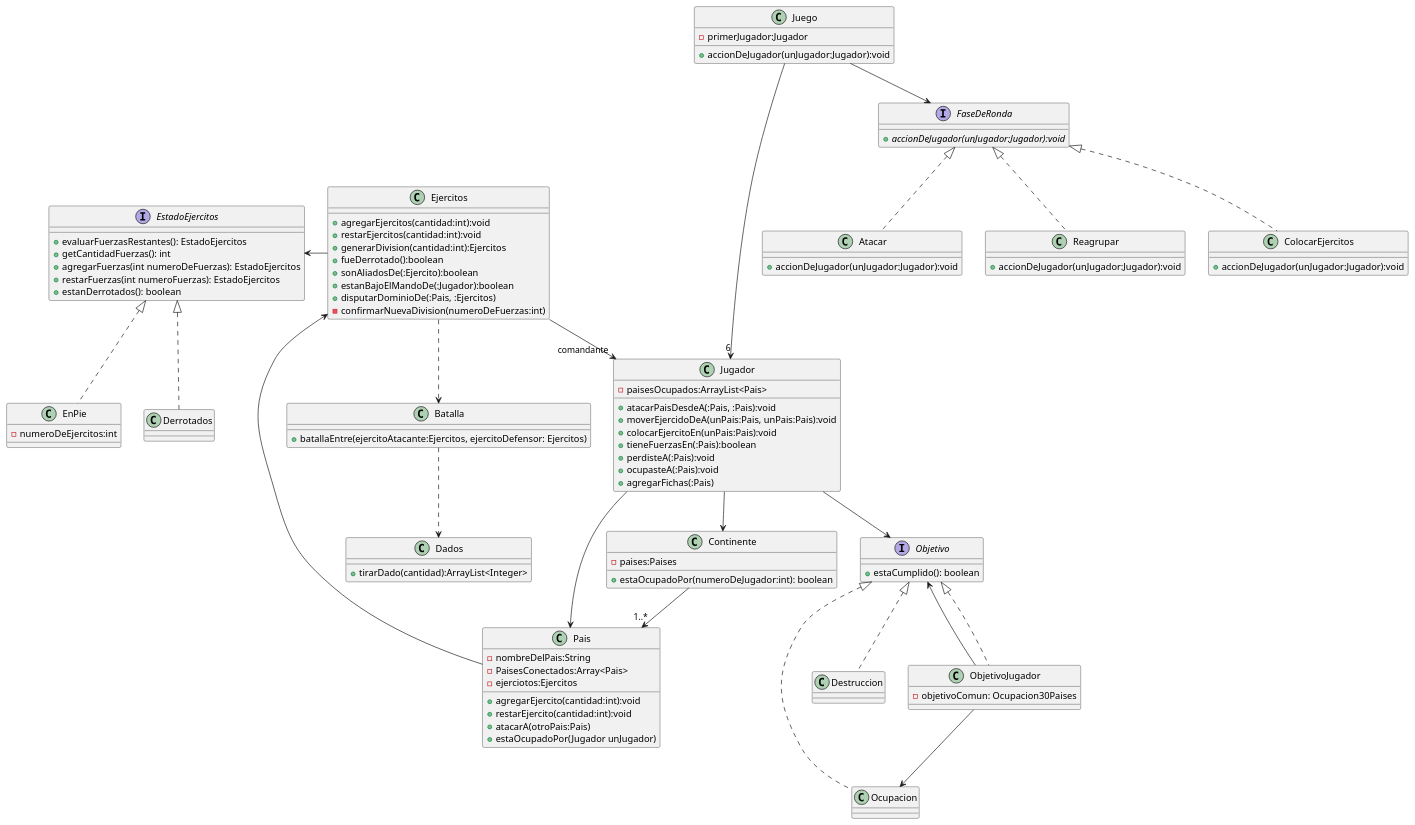
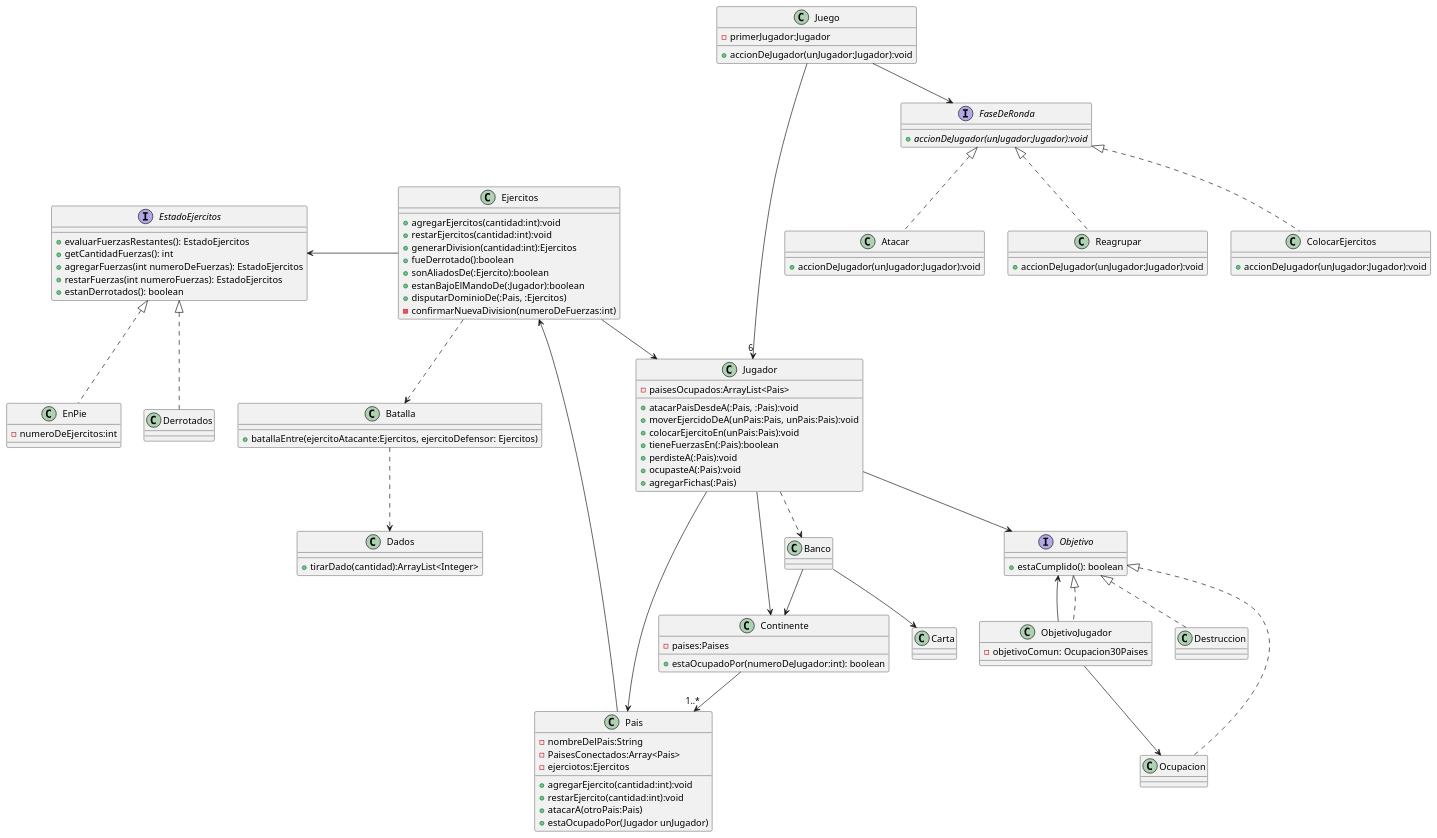
Before and after one commit to julia-valdo/Algoritmos-3.TP2: the diagram in Diagramas/Classes.puml, drawn with PlantUML. The commit also changed 10 other files, not shown here.

First line of the commit message:
Adjuntamos clases Carta, Banco, Juego y la interfaz fase de rondas

```diff
--- a/Diagramas/Classes.puml
+++ b/Diagramas/Classes.puml
@@ -1,125 +1,134 @@
 @startuml
 'https://plantuml.com/class-diagram
 
 class Juego{
 -primerJugador:Jugador
 +accionDeJugador(unJugador:Jugador):void
 }
 
 class Jugador{
 -paisesOcupados:ArrayList<Pais>
 +atacarPaisDesdeA(:Pais, :Pais):void
 +moverEjercidoDeA(unPais:Pais, unPais:Pais):void
 +colocarEjercitoEn(unPais:Pais):void
 +tieneFuerzasEn(:Pais):boolean
 +perdisteA(:Pais):void
 +ocupasteA(:Pais):void
 +agregarFichas(:Pais)
 }
 
 class Ejercitos{
 +agregarEjercitos(cantidad:int):void
 +restarEjercitos(cantidad:int):void
 +generarDivision(cantidad:int):Ejercitos
 +fueDerrotado():boolean
 +sonAliadosDe(:Ejercito):boolean
 +estanBajoElMandoDe(:Jugador):boolean
 +disputarDominioDe(:Pais, :Ejercitos)
 -confirmarNuevaDivision(numeroDeFuerzas:int)
 }
 
 interface EstadoEjercitos{
  + evaluarFuerzasRestantes(): EstadoEjercitos
  + getCantidadFuerzas(): int
  + agregarFuerzas(int numeroDeFuerzas): EstadoEjercitos
  + restarFuerzas(int numeroFuerzas): EstadoEjercitos
  + estanDerrotados(): boolean
 }
 
 class EnPie{
 -numeroDeEjercitos:int
 }
 class Derrotados{
 }
 
 class Pais{
 -nombreDelPais:String
 -PaisesConectados:Array<Pais>
 -ejerciotos:Ejercitos
 +agregarEjercito(cantidad:int):void
 +restarEjercito(cantidad:int):void
 +atacarA(otroPais:Pais)
 +estaOcupadoPor(Jugador unJugador)
 }
 
 
 class ObjetivoJugador{
 -objetivoComun: Ocupacion30Paises
 }
 
 class Dados{
 +tirarDado(cantidad):ArrayList<Integer>
 }
 
 class Continente{
 -paises:Paises
 + estaOcupadoPor(numeroDeJugador:int): boolean
 }
 
 interface FaseDeRonda{
 +{abstract} accionDeJugador(unJugador:Jugador):void
 }
 
 interface Objetivo{
 + estaCumplido(): boolean
 }
 
 
 class Atacar{
 +accionDeJugador(unJugador:Jugador):void
 }
 
 class Reagrupar{
 +accionDeJugador(unJugador:Jugador):void
 }
 
 class ColocarEjercitos{
 +accionDeJugador(unJugador:Jugador):void
 }
 
 class Batalla{
 +batallaEntre(ejercitoAtacante:Ejercitos, ejercitoDefensor: Ejercitos)
 }
 
+class Banco
+
+class Carta
+
 Juego ---->"6" Jugador
 Juego --> FaseDeRonda
 
 FaseDeRonda <|.. Atacar
 FaseDeRonda <|.. Reagrupar
 FaseDeRonda <|.. ColocarEjercitos
 
 
 Jugador --> Pais
+
 Jugador --> Objetivo
 Jugador --> Continente
 
 Pais --> Ejercitos
 
 Objetivo <|.. Ocupacion
 Objetivo <|.. Destruccion
 Objetivo <-- ObjetivoJugador
 Objetivo <|.. ObjetivoJugador
 
 ObjetivoJugador --> Ocupacion
 
 Ejercitos ..> Batalla
-Ejercitos --> "comandante" Jugador
+Ejercitos -->  Jugador
 EstadoEjercitos <- Ejercitos
 EstadoEjercitos <|.. EnPie
 EstadoEjercitos <|.. Derrotados
 
 Batalla ..> Dados
 
 Continente --> "1..*" Pais
 
+Jugador ..> Banco
+Banco --> Carta
+Banco --> Continente
+
 @enduml
```
